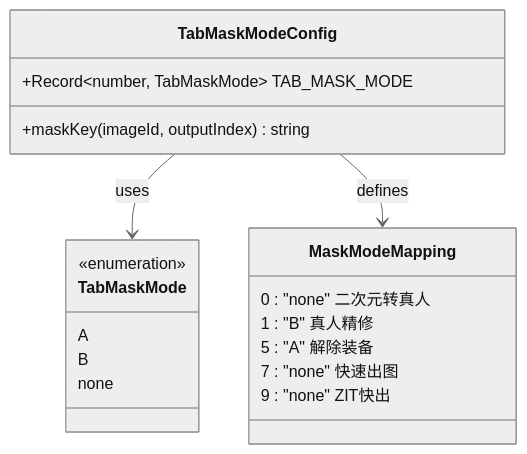
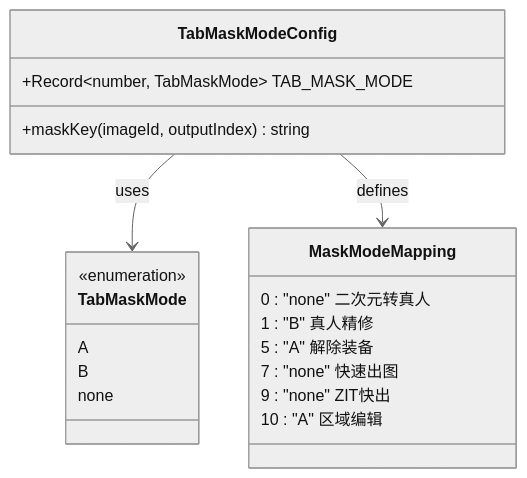
Before and after one commit to billye220670/CorineKit_Pix2Real: the second of 12 diagrams in .qoder/repowiki/zh/content/用户界面组件/专业功能组件/蒙版编辑系统/蒙版配置管理系统.md, drawn with Mermaid (neutral theme). The commit also changed other lines of this file and 21 other files, not shown here.

````diff
--- a/.qoder/repowiki/zh/content/用户界面组件/专业功能组件/蒙版编辑系统/蒙版配置管理系统.md
+++ b/.qoder/repowiki/zh/content/用户界面组件/专业功能组件/蒙版编辑系统/蒙版配置管理系统.md
@@ -87,22 +101,23 @@
 ```mermaid
 classDiagram
 class TabMaskMode {
 <<enumeration>>
 A
 B
 none
 }
 class TabMaskModeConfig {
 +Record~number, TabMaskMode~ TAB_MASK_MODE
 +maskKey(imageId, outputIndex) string
 }
 class MaskModeMapping {
 0 : "none" 二次元转真人
 1 : "B" 真人精修
 5 : "A" 解除装备
 7 : "none" 快速出图
 9 : "none" ZIT快出
+10 : "A" 区域编辑
 }
 TabMaskModeConfig --> TabMaskMode : uses
 TabMaskModeConfig --> MaskModeMapping : defines
 ```
````
